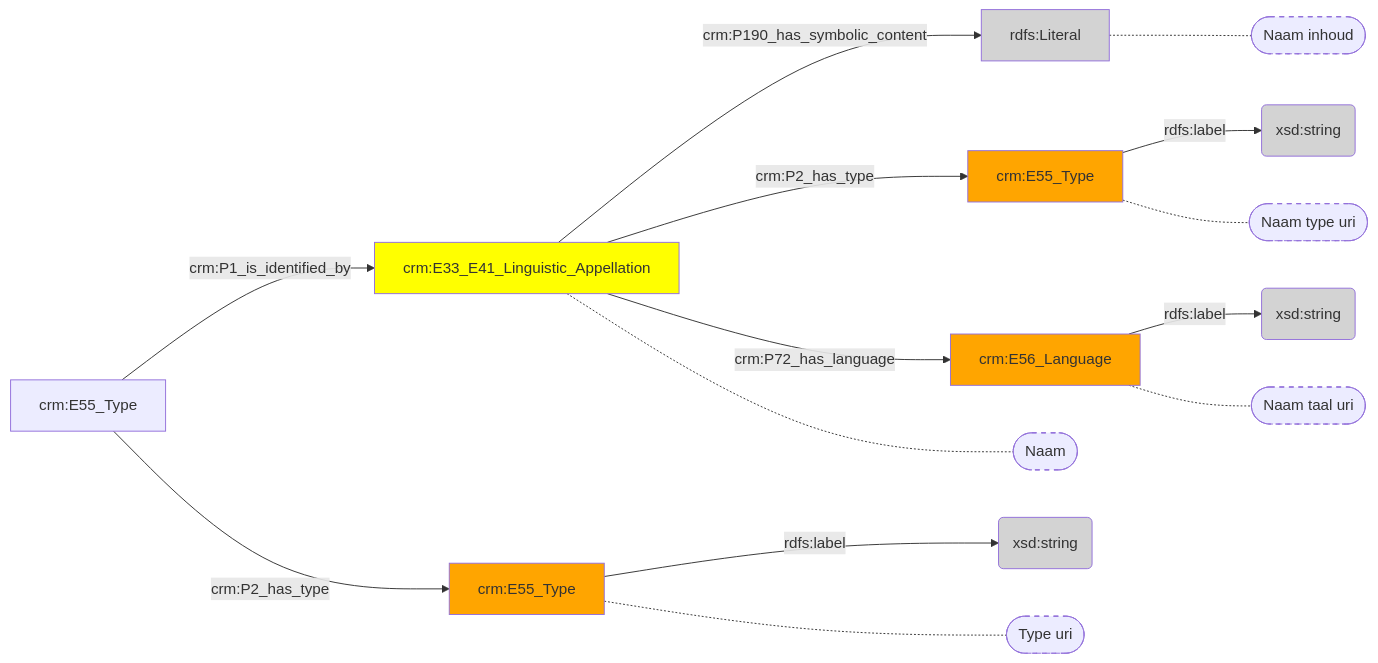
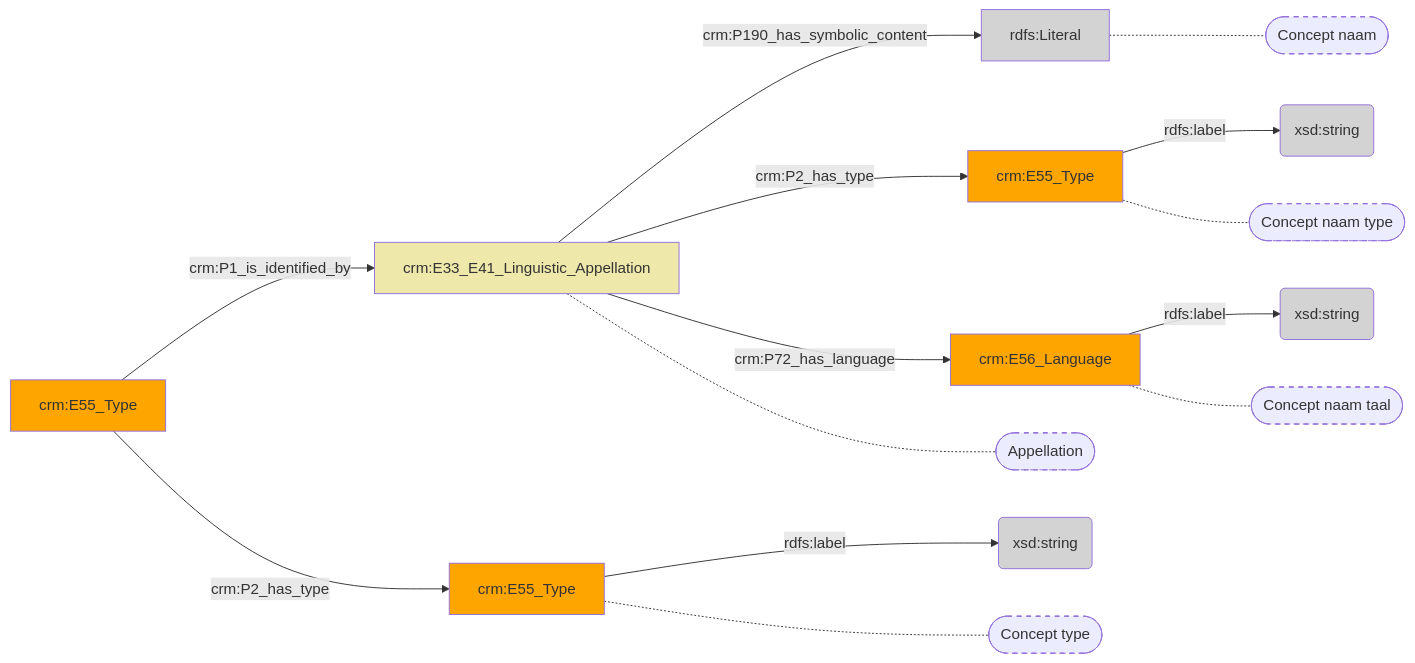
One commit to digipolisantwerpdocumentation/antwerp-cultureel-erfgoed changed the diagram in docs/content/modellen/Concept/Identificatie.md. Above: the diagram before and after it, drawn with Mermaid. The commit also changed 173 other files, not shown here.

````diff
--- a/docs/content/modellen/Concept/Identificatie.md
+++ b/docs/content/modellen/Concept/Identificatie.md
@@ -1,29 +1,30 @@
 ```mermaid
 graph LR
 856af5be-c7e5-11ed-af84-00163e71351b["crm:E33_E41_Linguistic_Appellation"]-->|"crm:P190_has_symbolic_content"|856afd7a-c7e5-11ed-af84-00163e71351b(rdfs:Literal)
 856afa78-c7e5-11ed-af84-00163e71351b["crm:E56_Language"]-->|"rdfs:label"|c76debe0-ce3b-11ed-9064-00163e71351b(xsd:string)
 856afc12-c7e5-11ed-af84-00163e71351b["crm:E55_Type"]-->|"rdfs:label"|856afece-c7e5-11ed-af84-00163e71351b(xsd:string)
 a25ea6ca-c7e5-11ed-bbe2-00163e71351b["crm:E55_Type"]-->|"rdfs:label"|a25eab52-c7e5-11ed-bbe2-00163e71351b(xsd:string)
 5c49f282-be8c-11ed-beba-96a6d245525a["crm:E55_Type"]-->|"crm:P1_is_identified_by"|856af5be-c7e5-11ed-af84-00163e71351b["crm:E33_E41_Linguistic_Appellation"]
 5c49f282-be8c-11ed-beba-96a6d245525a["crm:E55_Type"]-->|"crm:P2_has_type"|a25ea6ca-c7e5-11ed-bbe2-00163e71351b["crm:E55_Type"]
 856af5be-c7e5-11ed-af84-00163e71351b["crm:E33_E41_Linguistic_Appellation"]-->|"crm:P2_has_type"|856afc12-c7e5-11ed-af84-00163e71351b["crm:E55_Type"]
 856af5be-c7e5-11ed-af84-00163e71351b["crm:E33_E41_Linguistic_Appellation"]-->|"crm:P72_has_language"|856afa78-c7e5-11ed-af84-00163e71351b["crm:E56_Language"]
+856af5be-c7e5-11ed-af84-00163e71351b["crm:E33_E41_Linguistic_Appellation"]-.-856af5be-c7e5-11ed-af84-00163e71351b_s(["Appellation"])
+a25ea6ca-c7e5-11ed-bbe2-00163e71351b["crm:E55_Type"]-.-a25ea6ca-c7e5-11ed-bbe2-00163e71351b_s(["Concept type"])
+856afd7a-c7e5-11ed-af84-00163e71351b["rdfs:Literal"]-.-856afd7a-c7e5-11ed-af84-00163e71351b_s(["Concept naam"])
+856afc12-c7e5-11ed-af84-00163e71351b["crm:E55_Type"]-.-856afc12-c7e5-11ed-af84-00163e71351b_s(["Concept naam type"])
+856afa78-c7e5-11ed-af84-00163e71351b["crm:E56_Language"]-.-856afa78-c7e5-11ed-af84-00163e71351b_s(["Concept naam taal"])
 style 856af5be-c7e5-11ed-af84-00163e71351b_s stroke-dasharray: 5
 style a25ea6ca-c7e5-11ed-bbe2-00163e71351b_s stroke-dasharray: 5
 style 856afd7a-c7e5-11ed-af84-00163e71351b_s stroke-dasharray: 5
 style 856afc12-c7e5-11ed-af84-00163e71351b_s stroke-dasharray: 5
 style 856afa78-c7e5-11ed-af84-00163e71351b_s stroke-dasharray: 5
-856af5be-c7e5-11ed-af84-00163e71351b["crm:E33_E41_Linguistic_Appellation"]-.-856af5be-c7e5-11ed-af84-00163e71351b_s(["Naam"])
-a25ea6ca-c7e5-11ed-bbe2-00163e71351b["crm:E55_Type"]-.-a25ea6ca-c7e5-11ed-bbe2-00163e71351b_s(["Type uri"])
-856afd7a-c7e5-11ed-af84-00163e71351b["rdfs:Literal"]-.-856afd7a-c7e5-11ed-af84-00163e71351b_s(["Naam inhoud"])
-856afc12-c7e5-11ed-af84-00163e71351b["crm:E55_Type"]-.-856afc12-c7e5-11ed-af84-00163e71351b_s(["Naam type uri"])
-856afa78-c7e5-11ed-af84-00163e71351b["crm:E56_Language"]-.-856afa78-c7e5-11ed-af84-00163e71351b_s(["Naam taal uri"])
-style 856af5be-c7e5-11ed-af84-00163e71351b fill:#ffff00
+style 5c49f282-be8c-11ed-beba-96a6d245525a fill:#ffa500
+style 856af5be-c7e5-11ed-af84-00163e71351b fill:#EEE8AA
 style 856afa78-c7e5-11ed-af84-00163e71351b fill:#ffa500
 style 856afc12-c7e5-11ed-af84-00163e71351b fill:#ffa500
 style 856afd7a-c7e5-11ed-af84-00163e71351b fill:#D3D3D3
 style 856afece-c7e5-11ed-af84-00163e71351b fill:#D3D3D3
 style a25ea6ca-c7e5-11ed-bbe2-00163e71351b fill:#ffa500
 style a25eab52-c7e5-11ed-bbe2-00163e71351b fill:#D3D3D3
 style c76debe0-ce3b-11ed-9064-00163e71351b fill:#D3D3D3
 ```
````
